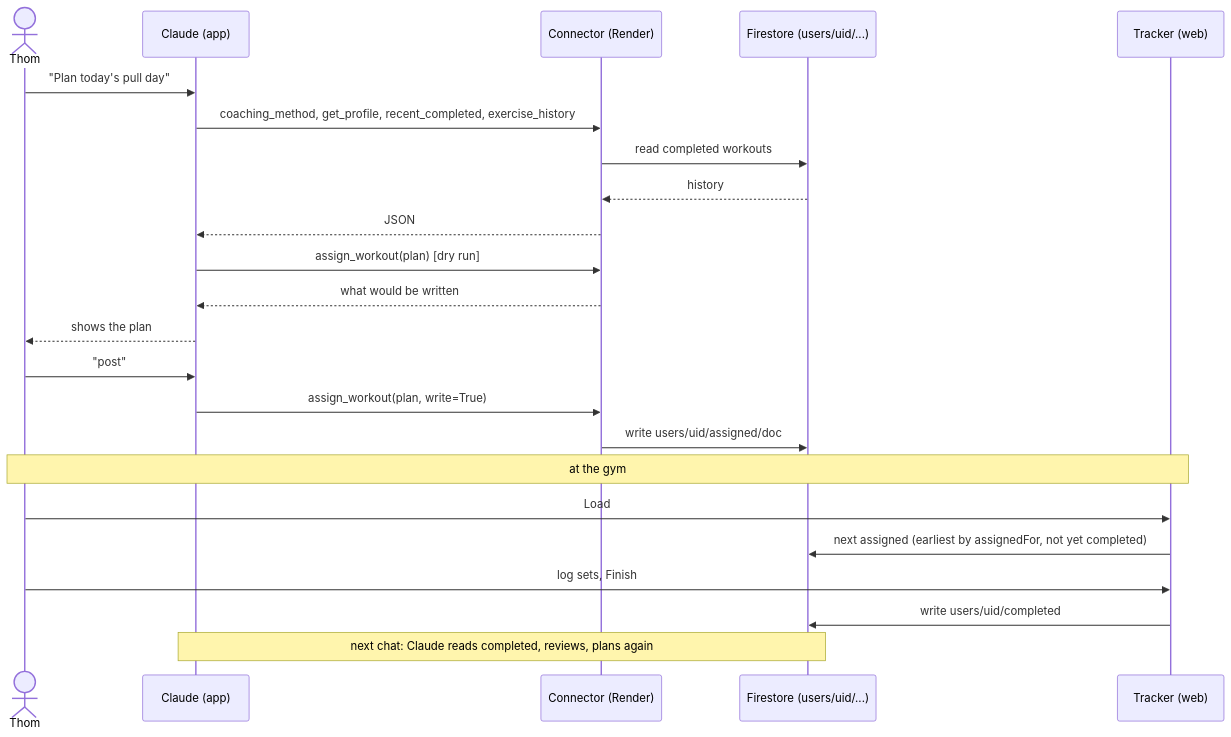
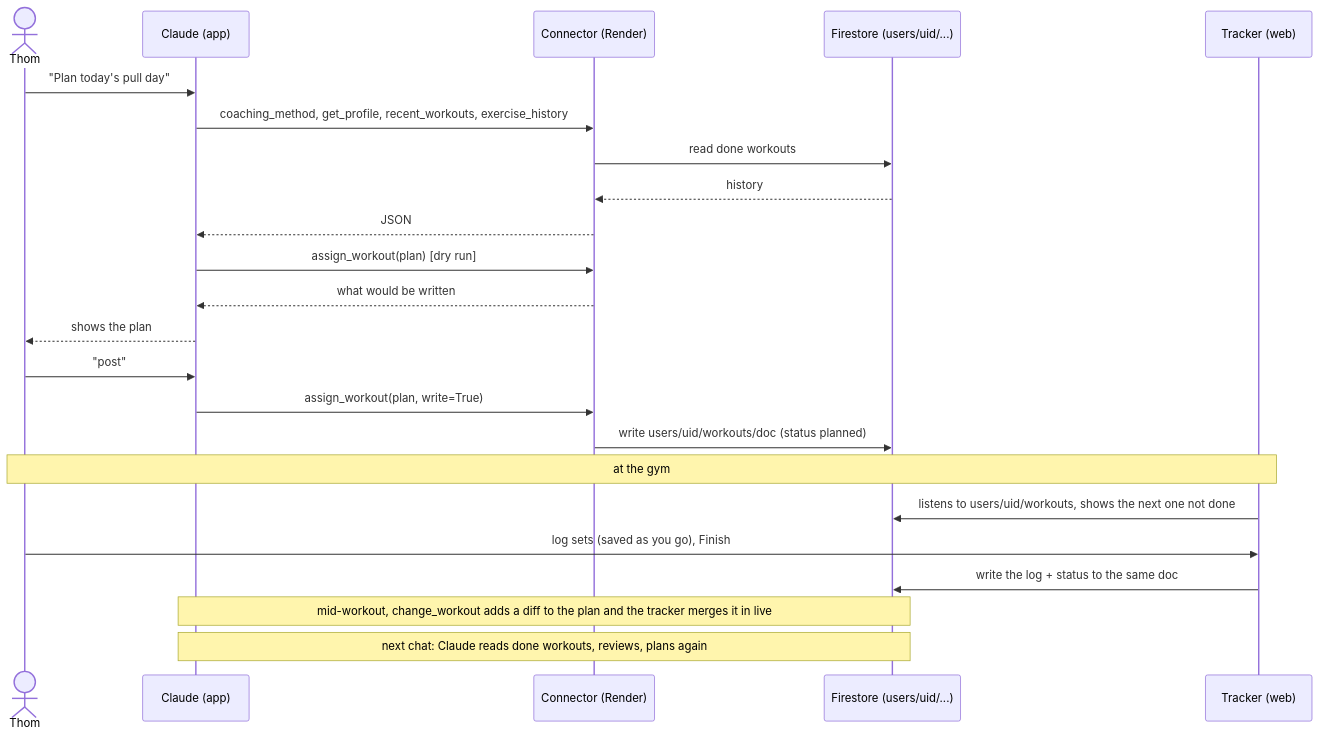
One commit to CoachThomLamb/wilo_ai changed the second of 3 diagrams in docs/infrastructure-and-rebuild.md. Above: the diagram before and after it, drawn with Mermaid. The commit also changed other lines of this file and 15 other files, not shown here.

First line of the commit message:
Workouts: one doc per workout (plan + coach diffs + log), one collection (#126)

````diff
--- a/docs/infrastructure-and-rebuild.md
+++ b/docs/infrastructure-and-rebuild.md
@@ -75,26 +75,26 @@
 ```mermaid
 sequenceDiagram
     actor T as Thom
     participant C as Claude (app)
     participant S as Connector (Render)
     participant F as Firestore (users/uid/...)
     participant W as Tracker (web)
 
     T->>C: "Plan today's pull day"
-    C->>S: coaching_method, get_profile, recent_completed, exercise_history
-    S->>F: read completed workouts
+    C->>S: coaching_method, get_profile, recent_workouts, exercise_history
+    S->>F: read done workouts
     F-->>S: history
     S-->>C: JSON
     C->>S: assign_workout(plan)  [dry run]
     S-->>C: what would be written
     C-->>T: shows the plan
     T->>C: "post"
     C->>S: assign_workout(plan, write=True)
-    S->>F: write users/uid/assigned/doc
+    S->>F: write users/uid/workouts/doc (status planned)
     Note over T,W: at the gym
-    T->>W: Load
-    W->>F: next assigned (earliest by assignedFor, not yet completed)
-    T->>W: log sets, Finish
-    W->>F: write users/uid/completed
-    Note over C,F: next chat: Claude reads completed, reviews, plans again
+    W->>F: listens to users/uid/workouts, shows the next one not done
+    T->>W: log sets (saved as you go), Finish
+    W->>F: write the log + status to the same doc
+    Note over C,F: mid-workout, change_workout adds a diff to the plan and the tracker merges it in live
+    Note over C,F: next chat: Claude reads done workouts, reviews, plans again
 ```
````
